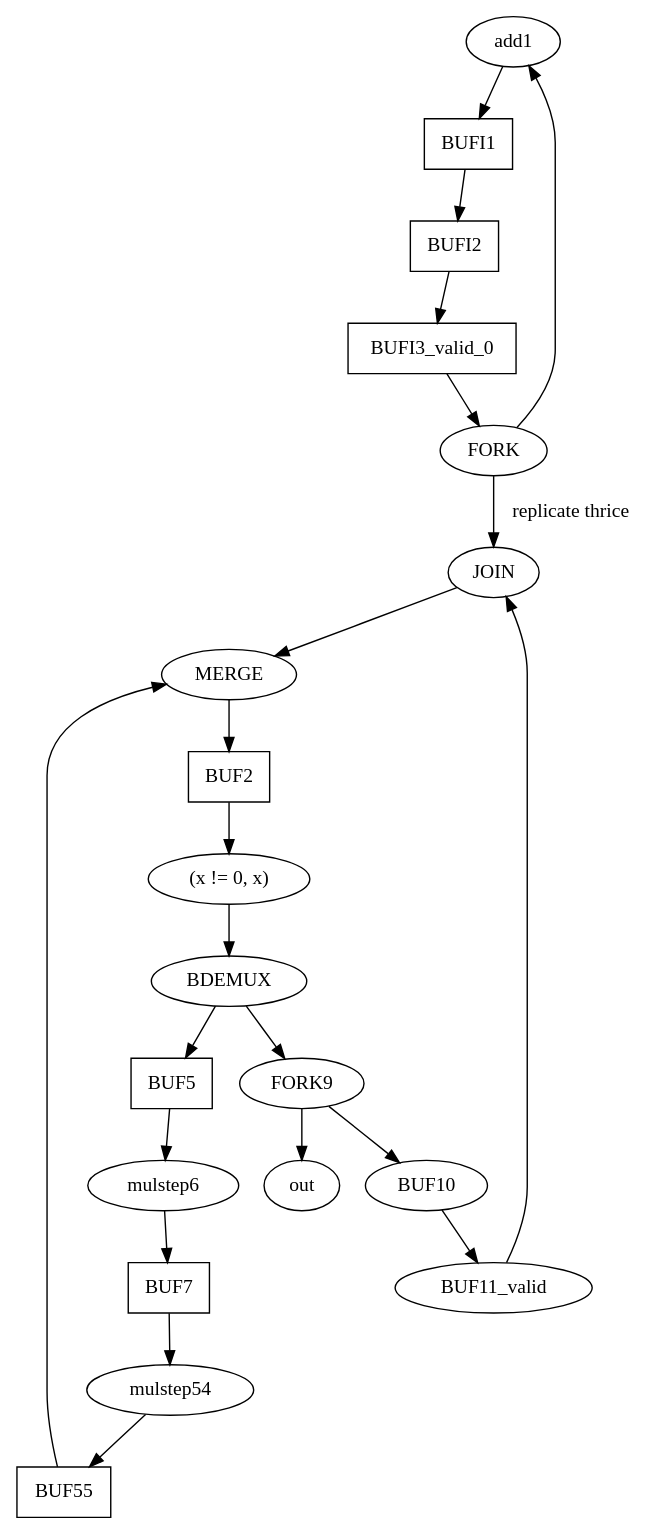
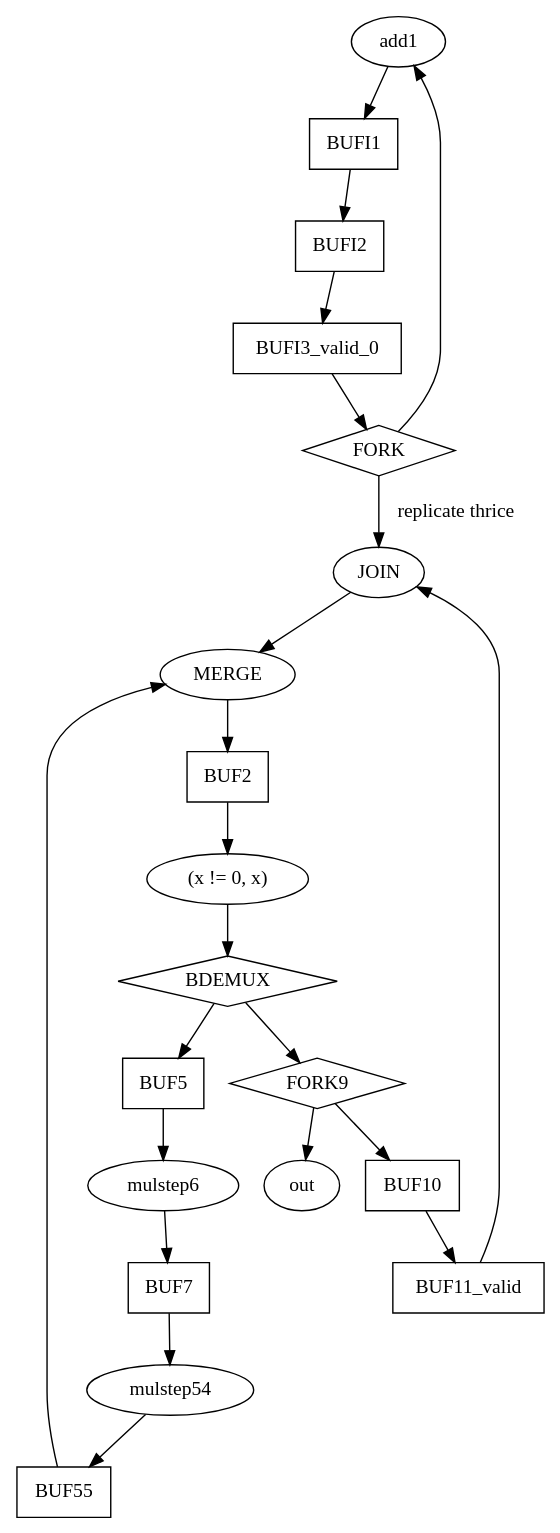
One commit to tommythorn/ttihp-async-mult changed the diagram in docs/graph.dot. Above: the diagram before and after it, drawn with Graphviz. The commit also changed 3 other files, not shown here.

```diff
--- a/docs/graph.dot
+++ b/docs/graph.dot
@@ -1,25 +1,32 @@
 digraph {
-	add1 -> BUFI1 -> BUFI2 -> BUFI3_valid_0 -> FORK -> add1
-	FORK -> JOIN [label="replicate thrice"]
+        add1 -> BUFI1 -> BUFI2 -> BUFI3_valid_0 -> FORK -> add1
+        FORK -> JOIN [label="replicate thrice"]
 
         BUF11_valid -> JOIN -> MERGE
 
-	BUF55 -> MERGE -> BUF2 -> loop_cond -> BDEMUX -> {BUF5, FORK9}
+        BUF55 -> MERGE -> BUF2 -> loop_cond -> BDEMUX -> {BUF5, FORK9}
 
 
-	BUF5 -> mulstep6 -> BUF7 -> mulstep54 -> BUF55
+        BUF5 -> mulstep6 -> BUF7 -> mulstep54 -> BUF55
 
-	FORK9 -> BUF10 -> BUF11_valid
+        FORK9 -> BUF10 -> BUF11_valid
 
-	loop_cond [label="(x != 0, x)"]
+        loop_cond [label="(x != 0, x)"]
 
-	FORK9 -> out
+        FORK9 -> out
 
-	BUF2 [shape=box]
-	BUF5 [shape=box]
-	BUF55 [shape=box]
-	BUF7 [shape=box]
-	BUFI1 [shape=box]
-	BUFI2 [shape=box]
+        BUF2 [shape=box]
+        BUF5 [shape=box]
+        BUF55 [shape=box]
+        BUF7 [shape=box]
+        BUFI1 [shape=box]
+        BUFI2 [shape=box]
         BUFI3_valid_0  [shape=box]
+        BUF10  [shape=box]
+        BUF11_valid [shape=box]
+
+        BDEMUX [shape=diamond]
+        FORK [shape=diamond]
+        FORK9 [shape=diamond]
+
 }
```
